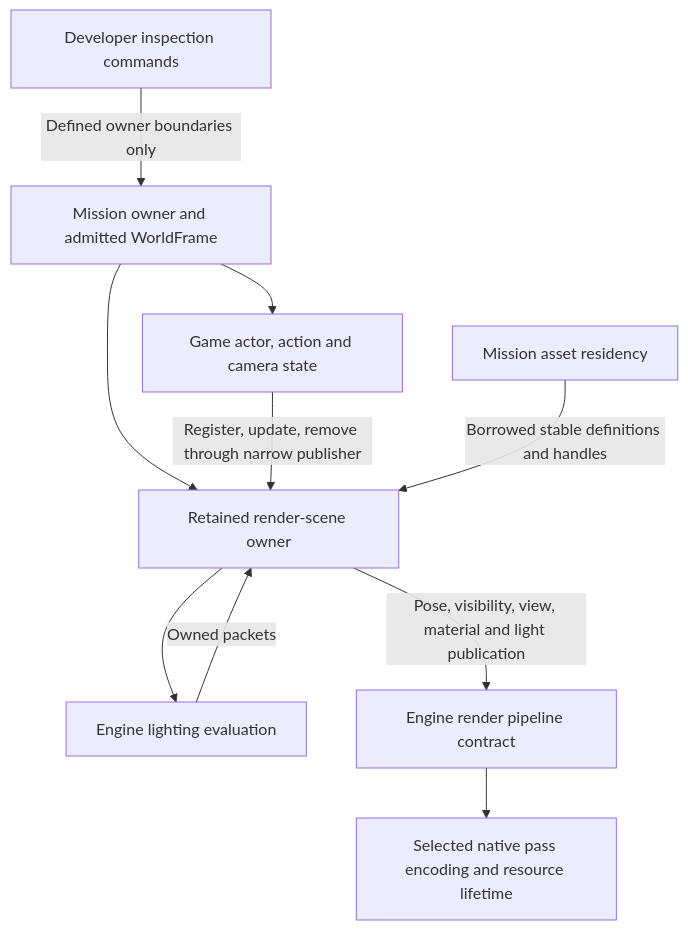
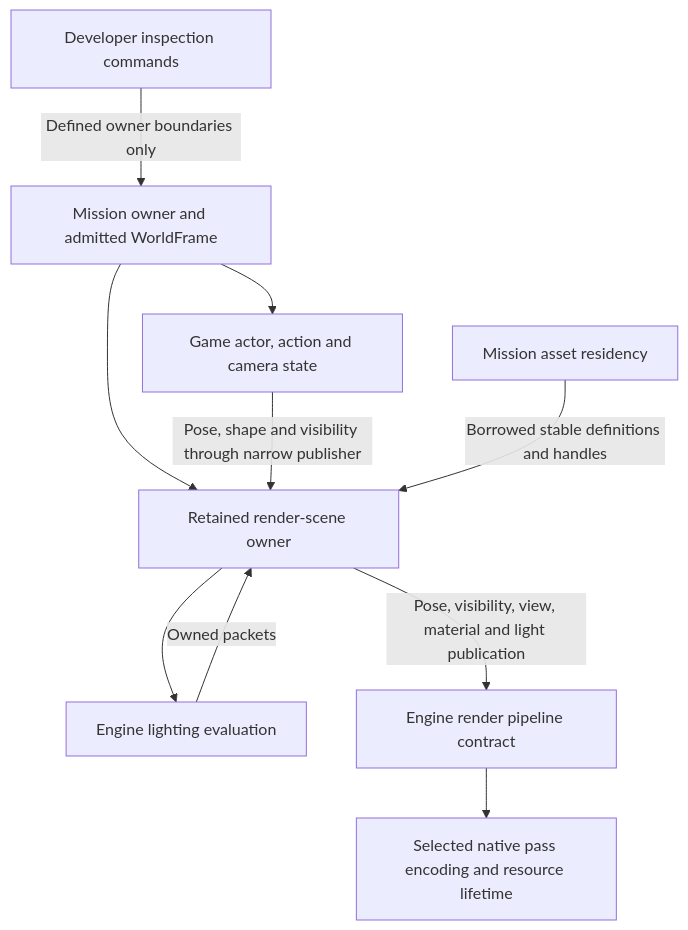
The fourth of 4 diagrams in docs/architecture/current-ownership.md (plainsight-systems/bullet-witch), drawn with Mermaid before and after one commit. The commit also changed other lines of this file and 27 other files, not shown here.

````diff
--- a/docs/architecture/current-ownership.md
+++ b/docs/architecture/current-ownership.md
@@ -158,12 +165,12 @@
 ```mermaid
 flowchart TD
   Mission[Mission owner and admitted WorldFrame] --> Sim[Game actor, action and camera state]
   Mission --> Presentation[Retained render-scene owner]
-  Sim -->|Register, update, remove through narrow publisher| Presentation
+  Sim -->|Pose, shape and visibility through narrow publisher| Presentation
   Assets[Mission asset residency] -->|Borrowed stable definitions and handles| Presentation
   Presentation --> Light[Engine lighting evaluation]
   Light -->|Owned packets| Presentation
   Presentation -->|Pose, visibility, view, material and light publication| Pipeline[Engine render pipeline contract]
   Pipeline --> Backend[Selected native pass encoding and resource lifetime]
   Inspector[Developer inspection commands] -->|Defined owner boundaries only| Mission
 ```
````
